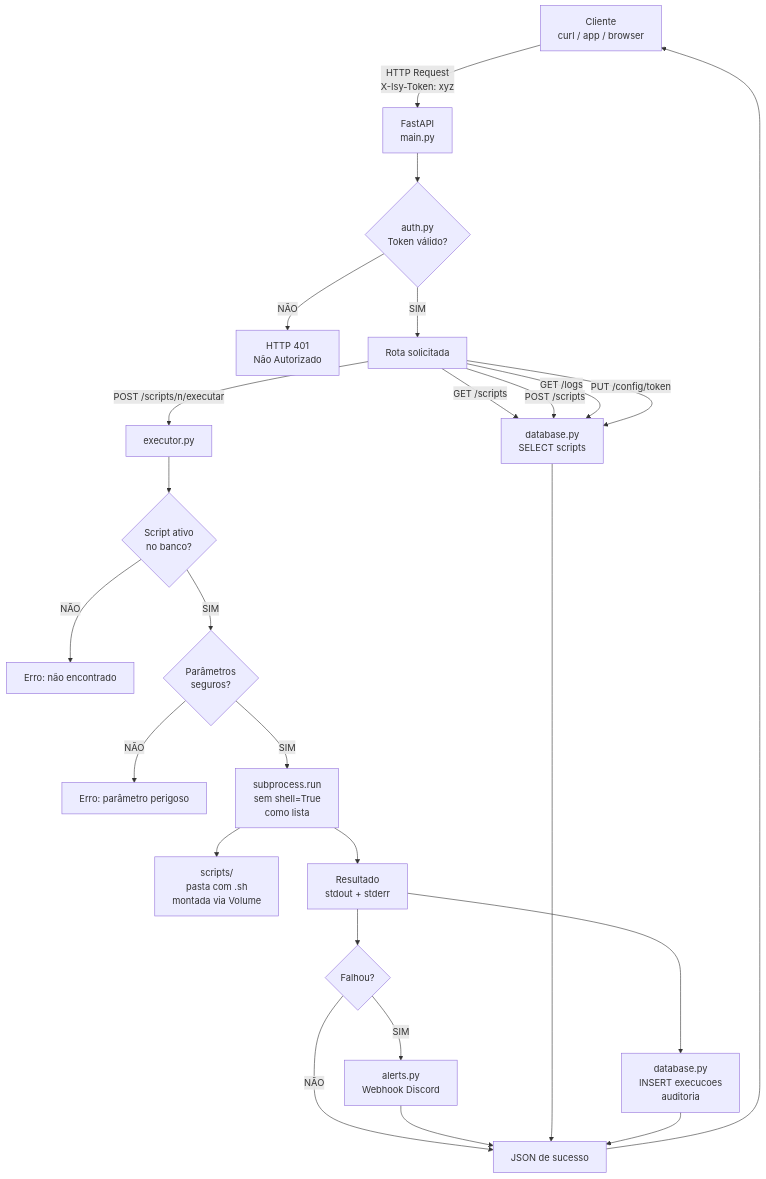
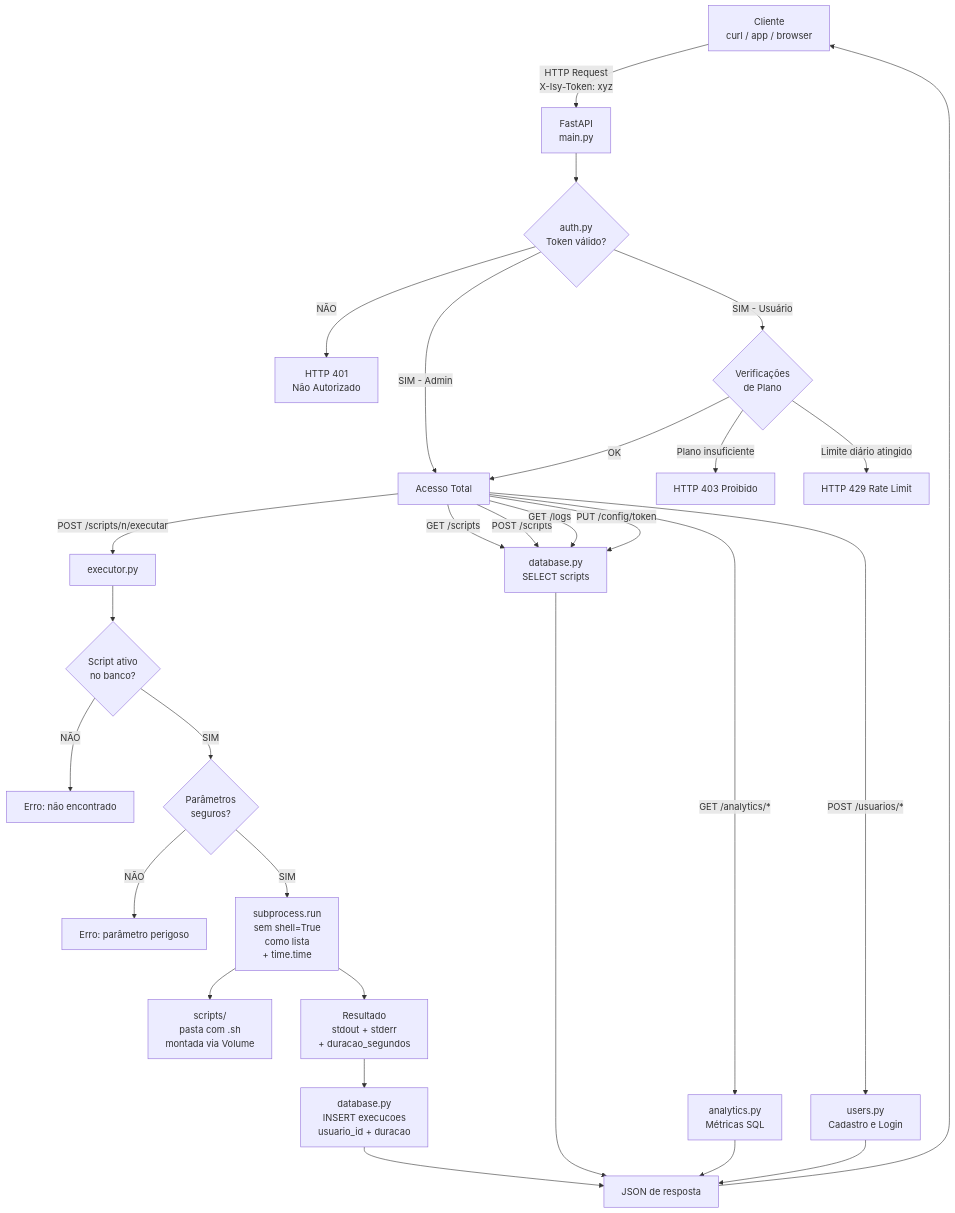
The diagram in docs/diagrama_arquitetura.md (myrddinduw/isyshell), drawn with Mermaid before and after one commit. The commit also changed other lines of this file and 6 other files, not shown here.

````diff
--- a/docs/diagrama_arquitetura.md
+++ b/docs/diagrama_arquitetura.md
@@ -5,34 +5,39 @@
 ```mermaid
 flowchart TD
     A[Cliente\ncurl / app / browser] -->|HTTP Request\nX-Isy-Token: xyz| B[FastAPI\nmain.py]
 
     B --> C{auth.py\nToken válido?}
     C -->|NÃO| D[HTTP 401\nNão Autorizado]
-    C -->|SIM| E[Rota solicitada]
+    C -->|SIM - Admin| E[Acesso Total]
+    C -->|SIM - Usuário| F{Verificações\nde Plano}
 
-    E -->|GET /scripts| F[database.py\nSELECT scripts]
-    E -->|POST /scripts| F
-    E -->|POST /scripts/n/executar| G[executor.py]
-    E -->|GET /logs| F
-    E -->|PUT /config/token| F
+    F -->|Plano insuficiente| G[HTTP 403 Proibido]
+    F -->|Limite diário atingido| H[HTTP 429 Rate Limit]
+    F -->|OK| E
 
-    G --> H{Script ativo\nno banco?}
-    H -->|NÃO| I[Erro: não encontrado]
-    H -->|SIM| J{Parâmetros\nseguros?}
+    E -->|GET /scripts| I[database.py\nSELECT scripts]
+    E -->|POST /scripts| I
+    E -->|POST /scripts/n/executar| J[executor.py]
+    E -->|GET /logs| I
+    E -->|PUT /config/token| I
+    E -->|GET /analytics/*| K[analytics.py\nMétricas SQL]
+    E -->|POST /usuarios/*| L[users.py\nCadastro e Login]
 
-    J -->|NÃO| K[Erro: parâmetro perigoso]
-    J -->|SIM| L[subprocess.run\n sem shell=True\ncomo lista]
+    J --> M{Script ativo\nno banco?}
+    M -->|NÃO| N[Erro: não encontrado]
+    M -->|SIM| O{Parâmetros\nseguros?}
 
-    L --> M[scripts/\npasta com .sh\nmontada via Volume]
-    L --> N[Resultado\nstdout + stderr]
+    O -->|NÃO| P[Erro: parâmetro perigoso]
+    O -->|SIM| Q[subprocess.run\nsem shell=True\ncomo lista\n+ time.time]
 
-    N --> O[database.py\nINSERT execucoes\nauditoria]
-    N --> P{Falhou?}
-    P -->|SIM| Q[alerts.py\nWebhook Discord]
-    P -->|NÃO| R[JSON de sucesso]
-    Q --> R
+    Q --> R[scripts/\npasta com .sh\nmontada via Volume]
+    Q --> S[Resultado\nstdout + stderr\n+ duracao_segundos]
 
-    F --> R
-    O --> R
-    R --> A
+    S --> T[database.py\nINSERT execucoes\nusuario_id + duracao]
+    T --> U[JSON de resposta]
+
+    I --> U
+    K --> U
+    L --> U
+    U --> A
 ```
````
